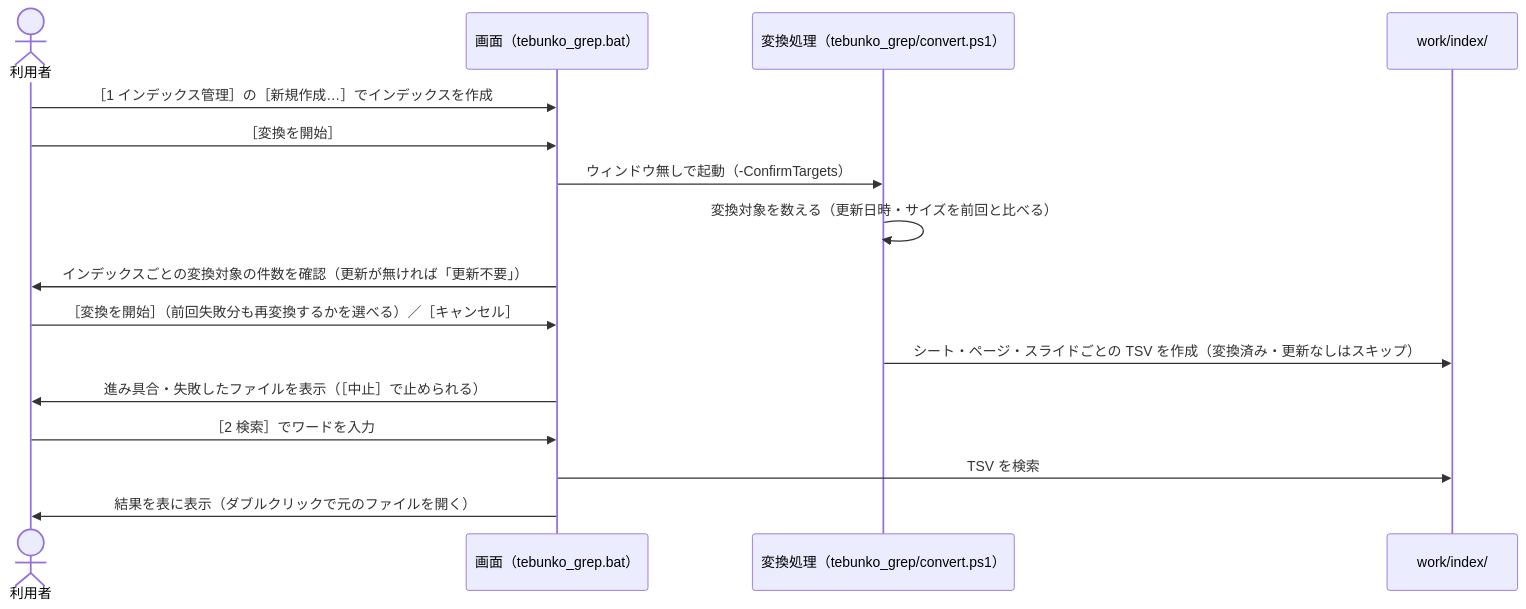
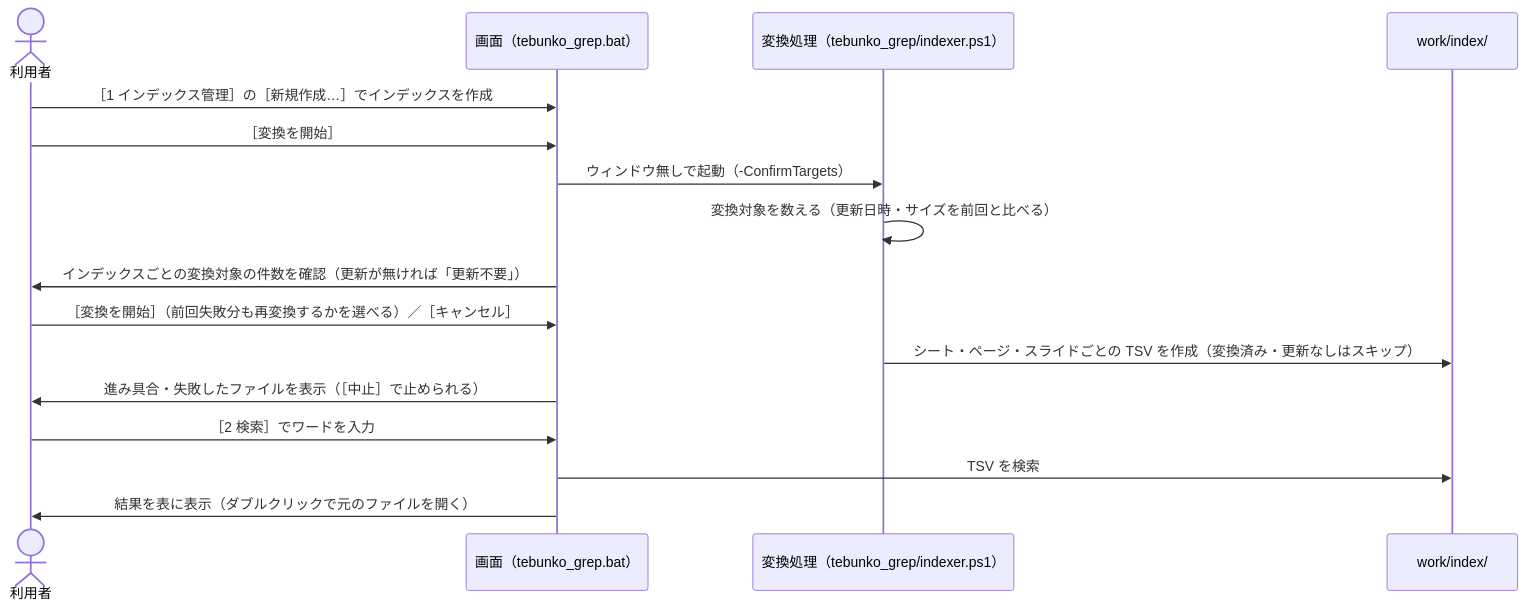
Before and after one commit to hsgwa/tebunko: the second of 2 diagrams in docs/00_index.md, drawn with Mermaid. The commit also changed other lines of this file and 59 other files, not shown here.

````diff
--- a/docs/00_index.md
+++ b/docs/00_index.md
@@ -147,19 +147,19 @@
 ```mermaid
 sequenceDiagram
     actor U as 利用者
     participant G as 画面（tebunko_grep.bat）
-    participant CV as 変換処理（tebunko_grep/convert.ps1）
+    participant CV as 変換処理（tebunko_grep/indexer.ps1）
     participant W as work/index/
 
     U->>G: ［1 インデックス管理］の［新規作成…］でインデックスを作成
     U->>G: ［変換を開始］
     G->>CV: ウィンドウ無しで起動（-ConfirmTargets）
     CV->>CV: 変換対象を数える（更新日時・サイズを前回と比べる）
     G->>U: インデックスごとの変換対象の件数を確認（更新が無ければ「更新不要」）
     U->>G: ［変換を開始］（前回失敗分も再変換するかを選べる）／［キャンセル］
     CV->>W: シート・ページ・スライドごとの TSV を作成（変換済み・更新なしはスキップ）
     G->>U: 進み具合・失敗したファイルを表示（［中止］で止められる）
     U->>G: ［2 検索］でワードを入力
     G->>W: TSV を検索
     G->>U: 結果を表に表示（ダブルクリックで元のファイルを開く）
 ```
````
